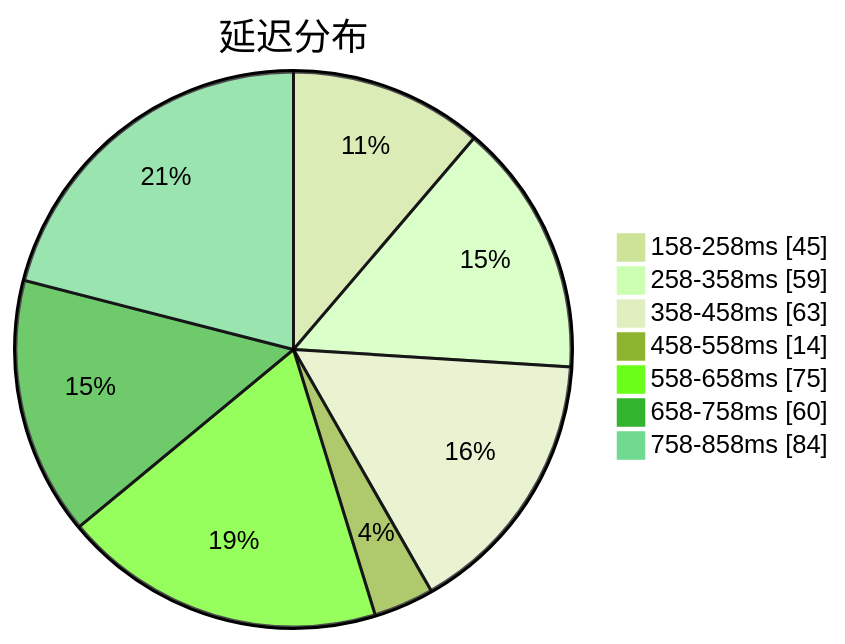
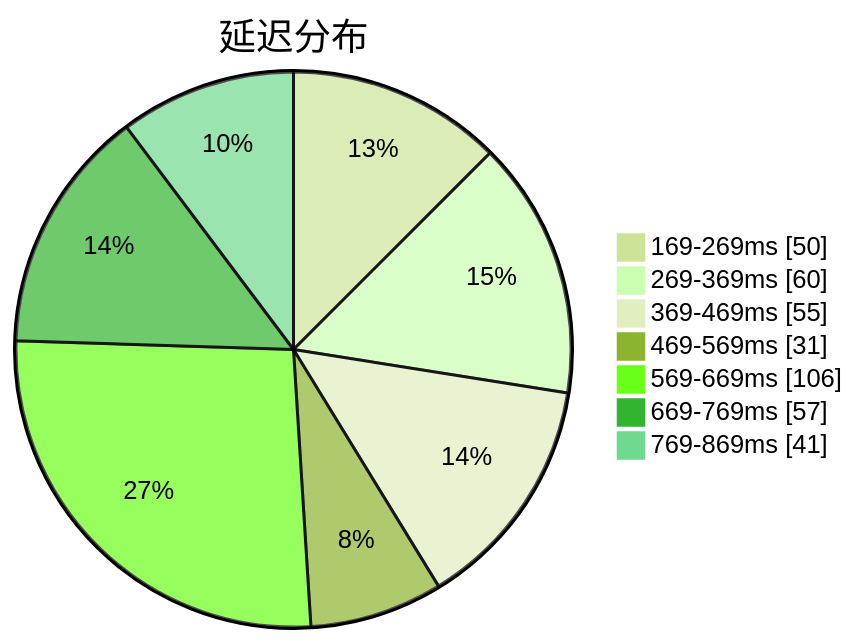
The first of 3 diagrams in subs/statistics/tested_within.md (qjlxg/airport), drawn with Mermaid (forest theme) before and after one commit. The commit also changed other lines of this file and 2 other files, not shown here.

````diff
--- a/subs/statistics/tested_within.md
+++ b/subs/statistics/tested_within.md
@@ -2,11 +2,11 @@
 ```mermaid
 pie showData
 title 延迟分布
-"158-258ms" : 45
-"258-358ms" : 59
-"358-458ms" : 63
-"458-558ms" : 14
-"558-658ms" : 75
-"658-758ms" : 60
-"758-858ms" : 84
+"169-269ms" : 50
+"269-369ms" : 60
+"369-469ms" : 55
+"469-569ms" : 31
+"569-669ms" : 106
+"669-769ms" : 57
+"769-869ms" : 41
 ```
````
